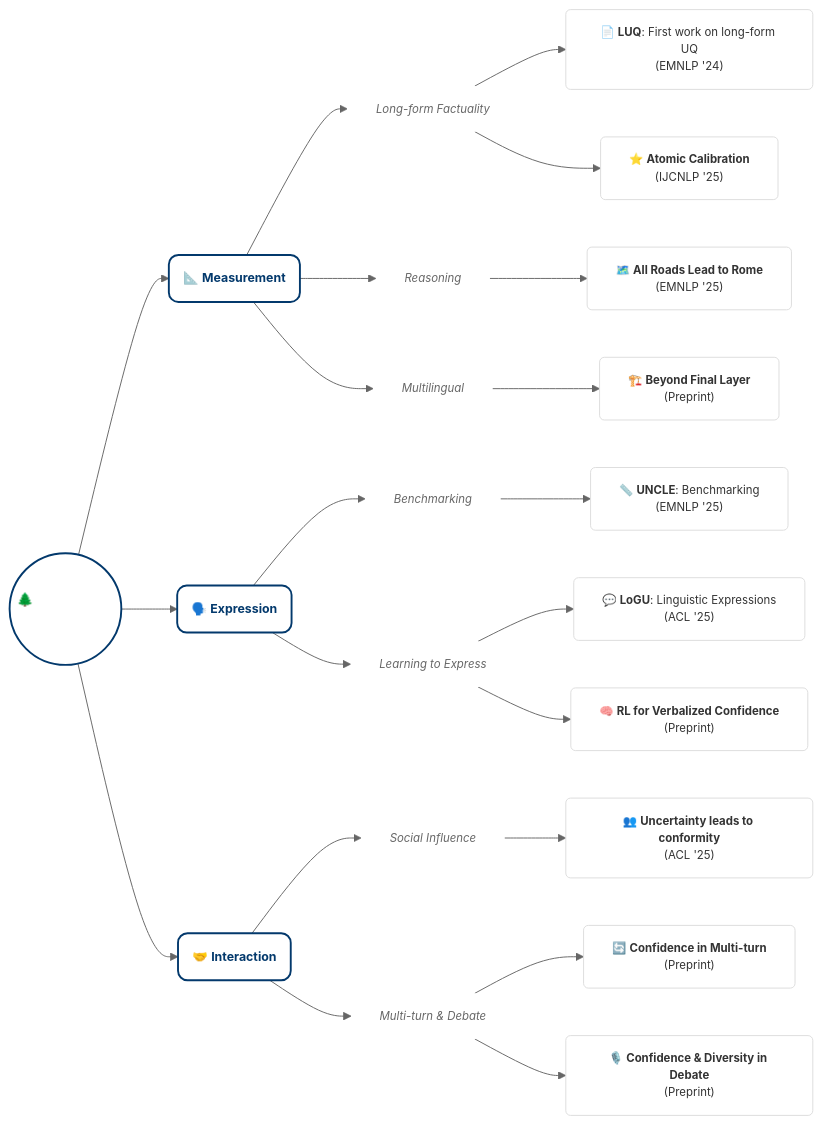
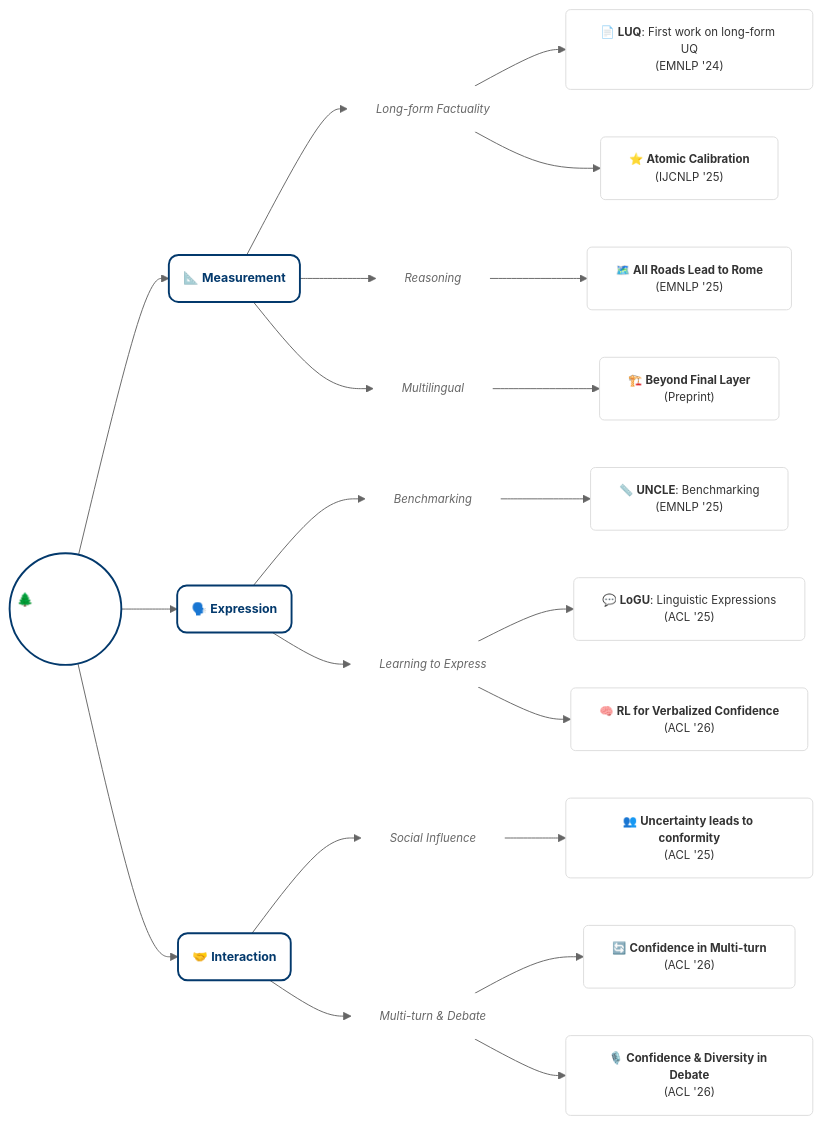
Before and after one commit to caiqizh/caiqizh.github.io: the diagram in index.md, drawn with Mermaid (neutral theme). The commit also changed other lines of this file, not shown here.

Commit message:
updated after acl

```diff
--- a/index.md
+++ b/index.md
@@ -108,59 +114,59 @@
 <div class="mermaid" style="display: flex; justify-content: center; max-width: 600px; margin: 0 auto; font-size: 13px;">
 graph LR
     %% --- NODES & HIERARCHY ---
     
     %% Root Node
     Root(("🌲 <b>Uncertainty<br/>in LLMs</b>"))
     
     %% --- Branch 1: Measurement ---
     Root --> Measurement("📐 <b>Measurement</b>")
     Measurement --> M_Fact["<i>Long-form Factuality</i>"]
     M_Fact --> LUQ["📄 <b>LUQ</b>: First work on long-form UQ<br/>(EMNLP '24)"]
     M_Fact --> Atomic["⭐ <b>Atomic Calibration</b><br/>(IJCNLP '25)"]
     Measurement --> M_Reason["<i>Reasoning</i>"]
     M_Reason --> Rome["🗺️ <b>All Roads Lead to Rome</b><br/>(EMNLP '25)"]
     Measurement --> M_Multi["<i>Multilingual</i>"]
     M_Multi --> Beyond["🏗️ <b>Beyond Final Layer</b><br/>(Preprint)"]
 
     %% --- Branch 2: Expression ---
     Root --> Expression("🗣️ <b>Expression</b>")
     Expression --> E_Bench["<i>Benchmarking</i>"]
     E_Bench --> UNCLE["📏 <b>UNCLE</b>: Benchmarking<br/>(EMNLP '25)"]
     Expression --> E_Learn["<i>Learning to Express</i>"]
     E_Learn --> LoGU["💬 <b>LoGU</b>: Linguistic Expressions<br/>(ACL '25)"]
-    E_Learn --> RL["🧠 <b>RL for Verbalized Confidence</b><br/>(Preprint)"]
+    E_Learn --> RL["🧠 <b>RL for Verbalized Confidence</b><br/>(ACL '26)"]
 
     %% --- Branch 3: Interaction ---
     Root --> Interaction("🤝 <b>Interaction</b>")
     Interaction --> I_Social["<i>Social Influence</i>"]
     I_Social --> Conformity["👥 <b>Uncertainty leads to conformity</b><br/>(ACL '25)"]
     Interaction --> I_Multi["<i>Multi-turn & Debate</i>"]
-    I_Multi --> ConfMulti["🔄 <b>Confidence in Multi-turn</b><br/>(Preprint)"]
-    I_Multi --> MAD["🎙️ <b>Confidence & Diversity in Debate</b><br/>(Preprint)"]
+    I_Multi --> ConfMulti["🔄 <b>Confidence in Multi-turn</b><br/>(ACL '26)"]
+    I_Multi --> MAD["🎙️ <b>Confidence & Diversity in Debate</b><br/>(ACL '26)"]
 
 
     %% --- LINKS ---
     click LUQ "https://aclanthology.org/2024.emnlp-main.299/" "View Paper"
     click Atomic "https://arxiv.org/abs/2410.13246" "View Paper"
     click LoGU "https://arxiv.org/abs/2410.14309" "View Paper"
     click UNCLE "https://arxiv.org/abs/2505.16922" "View Paper"
     click RL "https://arxiv.org/abs/2505.23912" "View Paper"
     click Beyond "https://www.arxiv.org/abs/2510.03136" "View Paper"
     click Rome "https://arxiv.org/abs/2509.12908" "View Paper"
     click Conformity "https://arxiv.org/abs/2410.12428" "View Paper"
     click ConfMulti "https://arxiv.org/abs/2601.02179" "View Paper"
     click MAD "https://arxiv.org/abs/2601.19921" "View Paper"
 
     %% --- STYLING ---
     classDef main fill:#ffffff,stroke:#03396c,stroke-width:2px,color:white,font-size:14px;
     classDef domain fill:#ffffff,stroke:#03396c,stroke-width:2px,rx:10,ry:10,color:#03396c,font-size:13px;
     classDef label fill:#fff,stroke:none,color:#666,font-size:12px;
     classDef paper fill:#fff,stroke:#ddd,stroke-width:1px,rx:5,ry:5,color:#333,font-size:12px;
 
     %% Apply Classes
     class Root main;
     class Measurement,Expression,Interaction domain;
     class M_Fact,M_Reason,M_Multi,E_Bench,E_Learn,I_Social,I_Multi label;
     class LUQ,LoGU,UNCLE,RL,Rome,Beyond,ConfMulti,Atomic,Conformity,MAD paper;
 
 </div>
```
